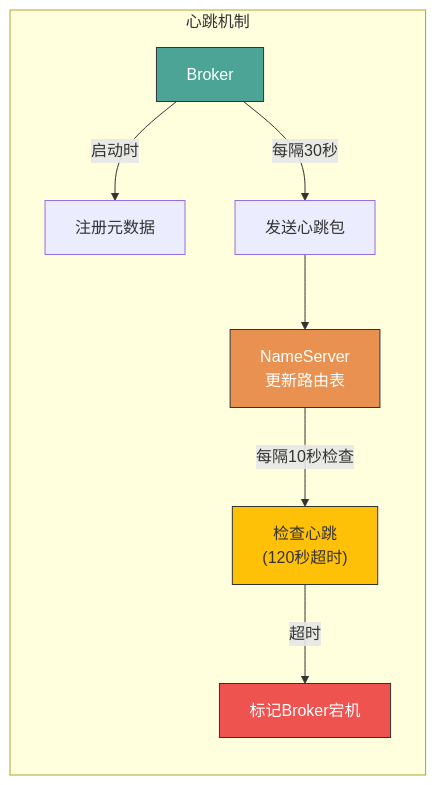
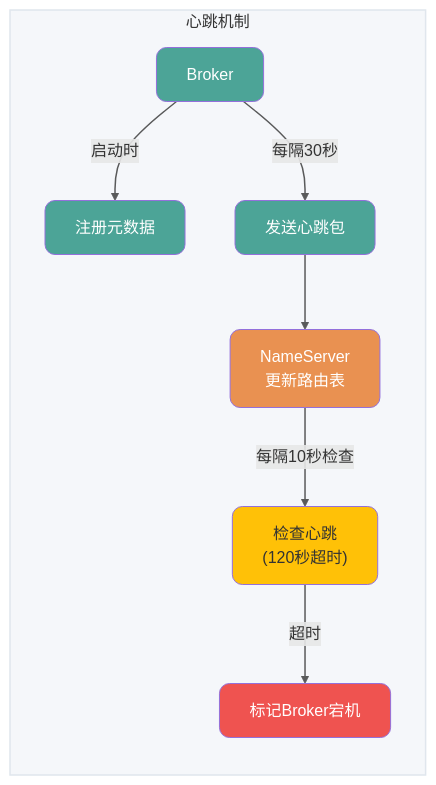
One commit to Snailclimb/JavaGuide changed the sixth of 13 diagrams in docs/high-performance/message-queue/rocketmq-questions.md. Above: the diagram before and after it, drawn with Mermaid. The commit also changed other lines of this file and 7 other files, not shown here.

Commit message:
docs：mermaid 配图样式优化

````diff
--- a/docs/high-performance/message-queue/rocketmq-questions.md
+++ b/docs/high-performance/message-queue/rocketmq-questions.md
@@ -393,16 +415,26 @@
 ```mermaid
 flowchart LR
     subgraph Heartbeat["心跳机制"]
+        style Heartbeat fill:#F5F7FA,stroke:#E0E6ED,stroke-width:1.5px
         direction TB
         BK["Broker"] -->|启动时| Reg["注册元数据"]
         BK -->|每隔30秒| HB["发送心跳包"]
         HB --> NS["NameServer<br/>更新路由表"]
         NS -->|每隔10秒检查| Check["检查心跳<br/>(120秒超时)"]
         Check -->|超时| Down["标记Broker宕机"]
     end
 
-    style BK fill:#4CA497,stroke:#333,color:#fff
-    style NS fill:#E99151,stroke:#333,color:#fff
-    style Check fill:#FFC107,stroke:#333,color:#333
-    style Down fill:#EF5350,stroke:#333,color:#fff
+    classDef broker fill:#4CA497,color:#fff,rx:10,ry:10
+    classDef ns fill:#E99151,color:#fff,rx:10,ry:10
+    classDef check fill:#FFC107,color:#333,rx:10,ry:10
+    classDef down fill:#EF5350,color:#fff,rx:10,ry:10
+    classDef default fill:#4CA497,color:#fff,rx:10,ry:10
+
+    class BK broker
+    class NS ns
+    class Check check
+    class Down down
+    class Reg,HB default
+
+    linkStyle default stroke-width:1.5px,opacity:0.8
 ```
````
